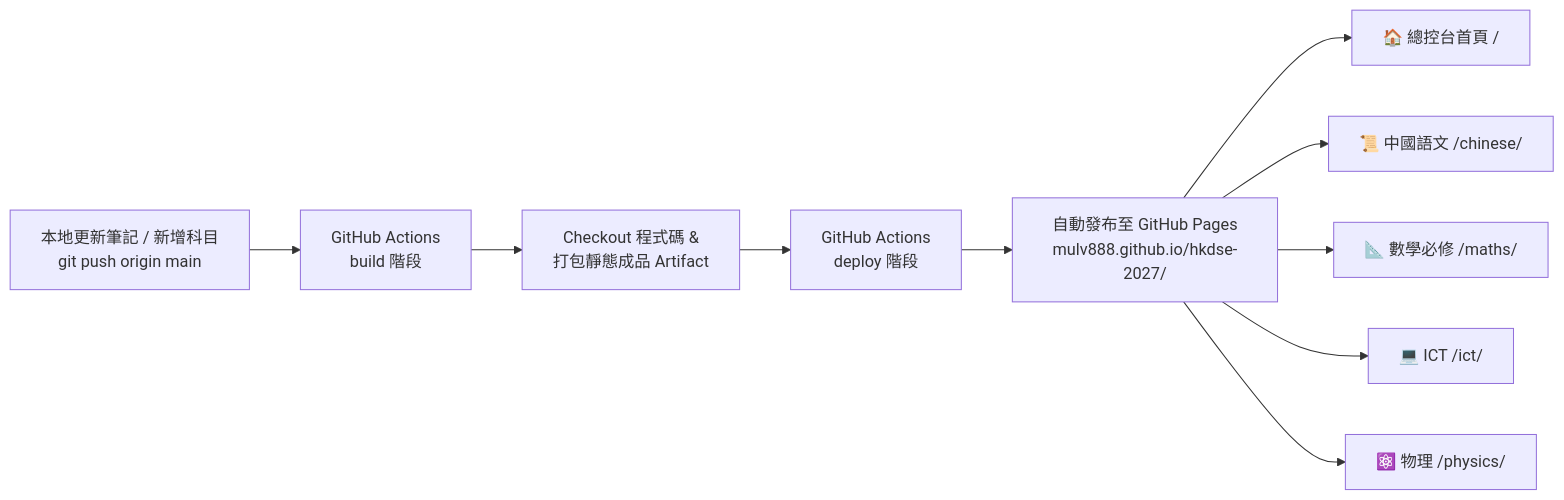
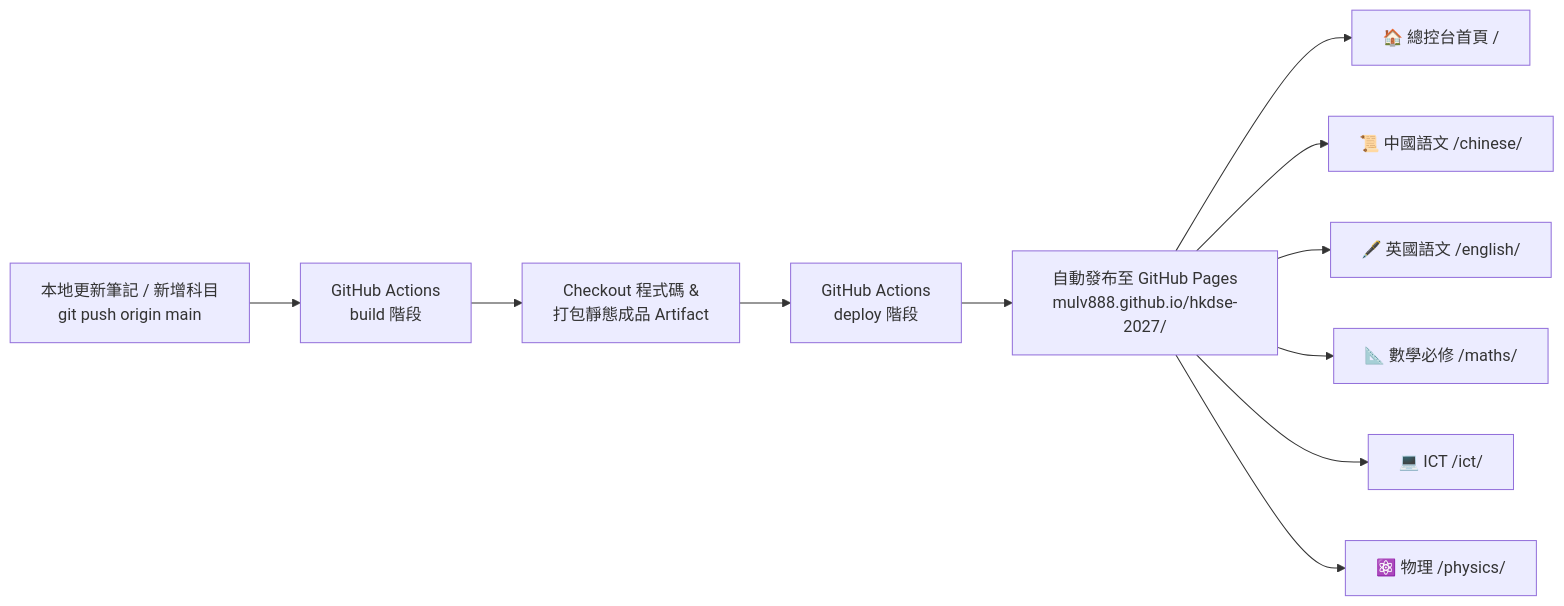
Before and after one commit to mulv888/hkdse-2027: the diagram in README.md, drawn with Mermaid. The commit also changed other lines of this file and 12 other files, not shown here.

````diff
--- a/README.md
+++ b/README.md
@@ -117,12 +130,13 @@
 ```mermaid
 flowchart LR
     A["本地更新筆記 / 新增科目<br/>git push origin main"] --> B["GitHub Actions<br/>build 階段"]
     B --> C["Checkout 程式碼 &<br/>打包靜態成品 Artifact"]
     C --> D["GitHub Actions<br/>deploy 階段"]
     D --> E["自動發布至 GitHub Pages<br/>mulv888.github.io/hkdse-2027/"]
     E --> F1["🏠 總控台首頁 /"]
     E --> F2["📜 中國語文 /chinese/"]
-    E --> F3["📐 數學必修 /maths/"]
-    E --> F4["💻 ICT /ict/"]
-    E --> F5["⚛️ 物理 /physics/"]
+    E --> F3["🖋️ 英國語文 /english/"]
+    E --> F4["📐 數學必修 /maths/"]
+    E --> F5["💻 ICT /ict/"]
+    E --> F6["⚛️ 物理 /physics/"]
 ```
````
